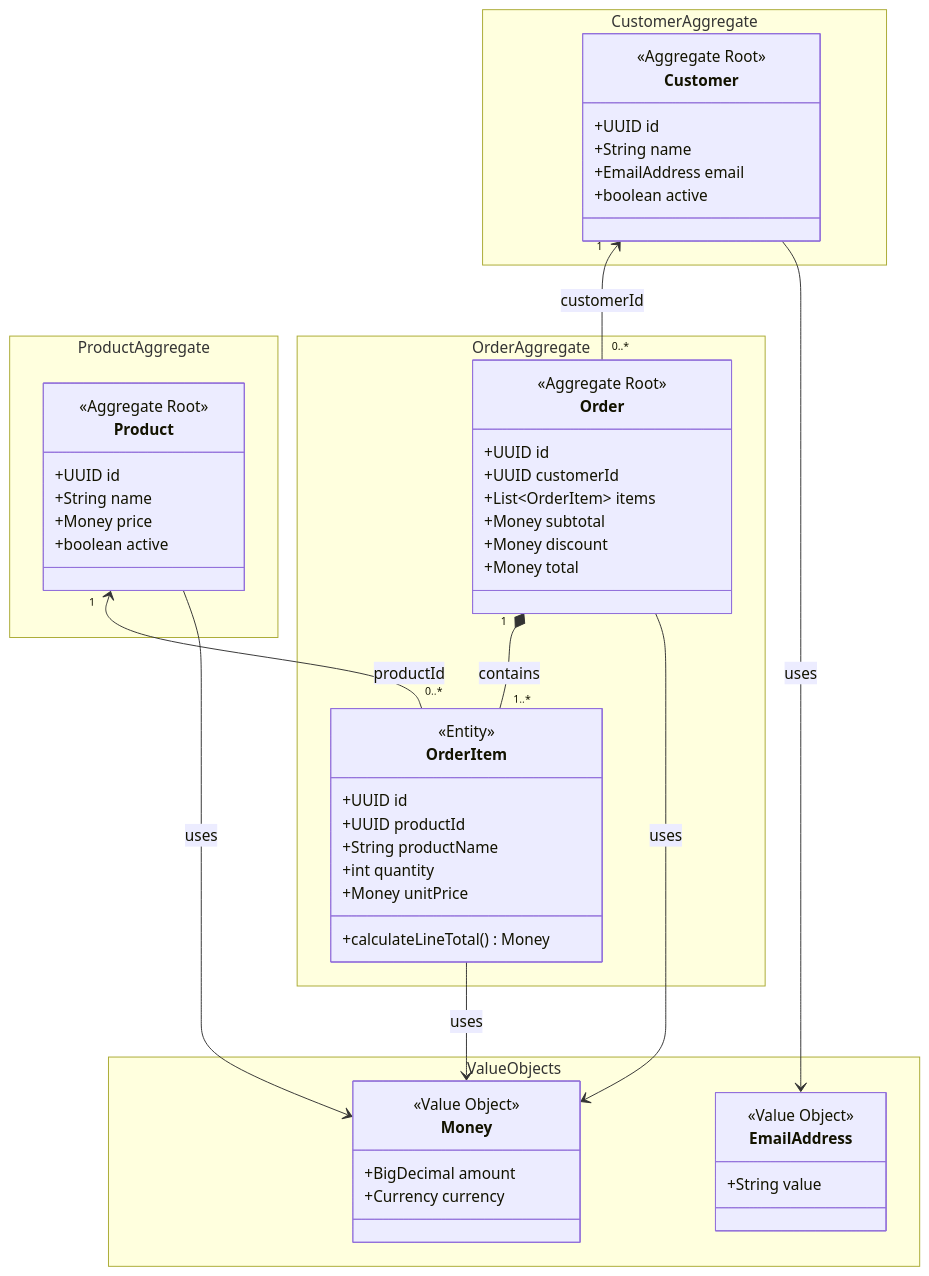
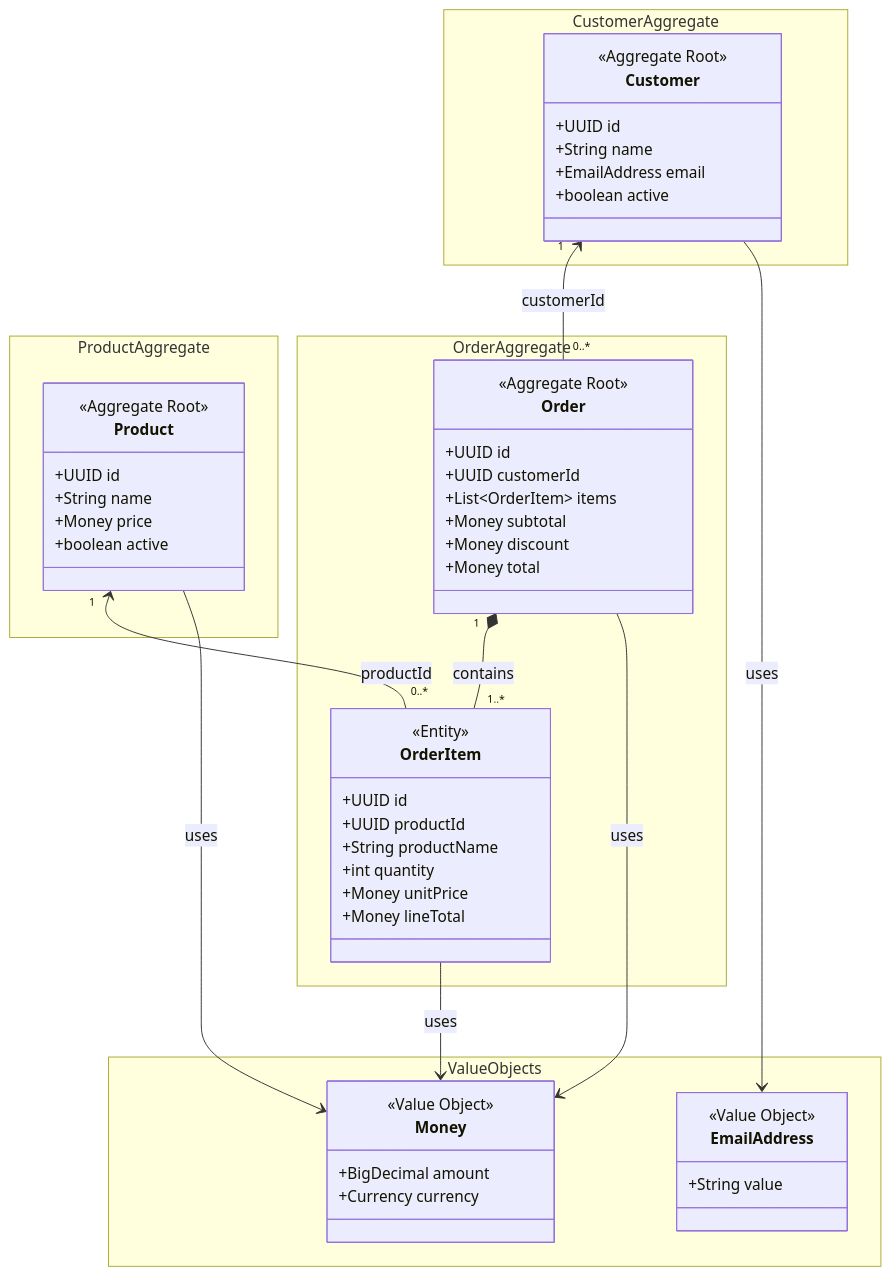
The diagram in docs/02-architecture/domain-model.md (uvormbrock/agentic-order-service), drawn with Mermaid before and after one commit. The commit also changed other lines of this file and 6 other files, not shown here.

````diff
--- a/docs/02-architecture/domain-model.md
+++ b/docs/02-architecture/domain-model.md
@@ -15,68 +15,68 @@
 ```mermaid
 classDiagram
     direction TB
 
     namespace CustomerAggregate {
         class Customer {
             <<Aggregate Root>>
             +UUID id
             +String name
             +EmailAddress email
             +boolean active
         }
     }
 
     namespace ProductAggregate {
         class Product {
             <<Aggregate Root>>
             +UUID id
             +String name
             +Money price
             +boolean active
         }
     }
 
     namespace OrderAggregate {
         class Order {
             <<Aggregate Root>>
             +UUID id
             +UUID customerId
             +List~OrderItem~ items
             +Money subtotal
             +Money discount
             +Money total
         }
 
         class OrderItem {
             <<Entity>>
             +UUID id
             +UUID productId
             +String productName
             +int quantity
             +Money unitPrice
-            +calculateLineTotal() Money
+            +Money lineTotal
         }
     }
 
     namespace ValueObjects {
         class Money {
             <<Value Object>>
             +BigDecimal amount
             +Currency currency
         }
 
         class EmailAddress {
             <<Value Object>>
             +String value
         }
     }
 
     Customer "1" <-- "0..*" Order : customerId
     Order "1" *-- "1..*" OrderItem : contains
     Product "1" <-- "0..*" OrderItem : productId
 
     Customer --> EmailAddress : uses
     Product --> Money : uses
     Order --> Money : uses
     OrderItem --> Money : uses
 ```
````
